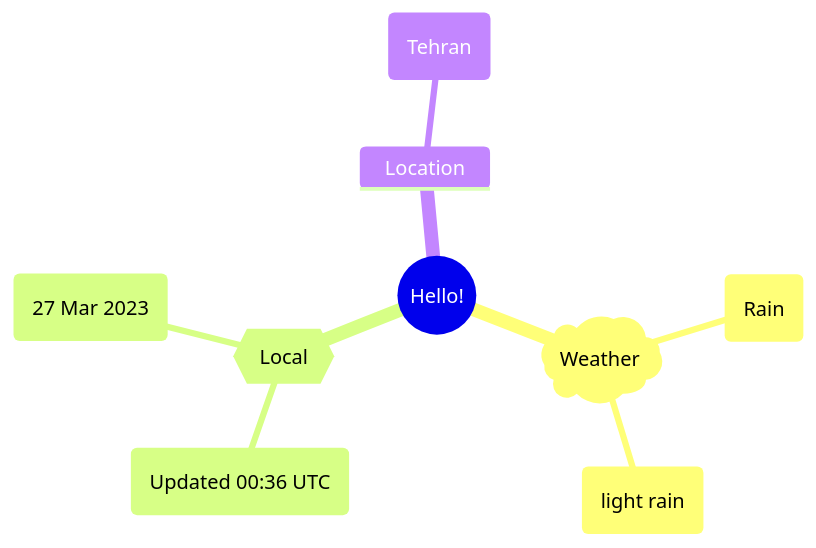
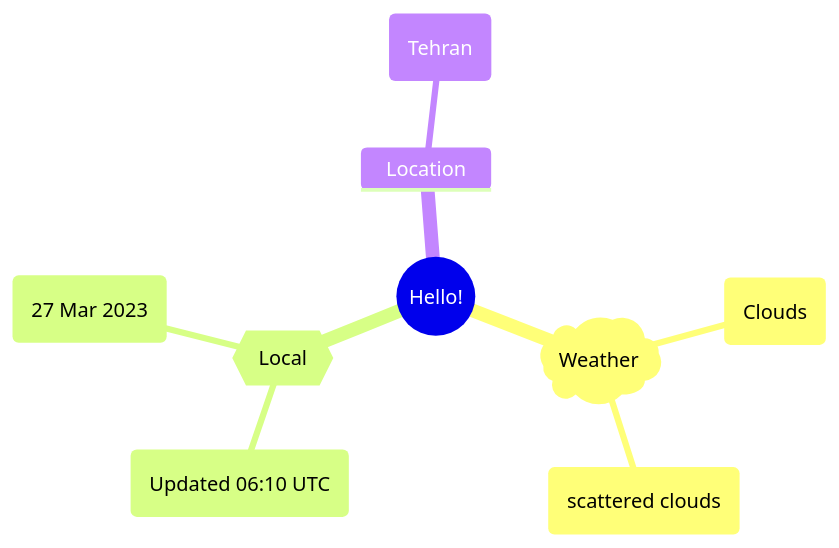
Before and after one commit to Xosrov/Xosrov: the first of 2 diagrams in README.md, drawn with Mermaid.

Commit message:
[bot] updated images

````diff
--- a/README.md
+++ b/README.md
@@ -3,12 +3,12 @@
 ```mermaid
 mindmap
   root((Hello!))
     )Weather(
-        (Rain)
-        (light rain)
+        (Clouds)
+        (scattered clouds)
     {{Local}}
-        (Updated 00:36 UTC)
+        (Updated 06:10 UTC)
         (27 Mar 2023)
     Location
         (Tehran)
 ```
````
